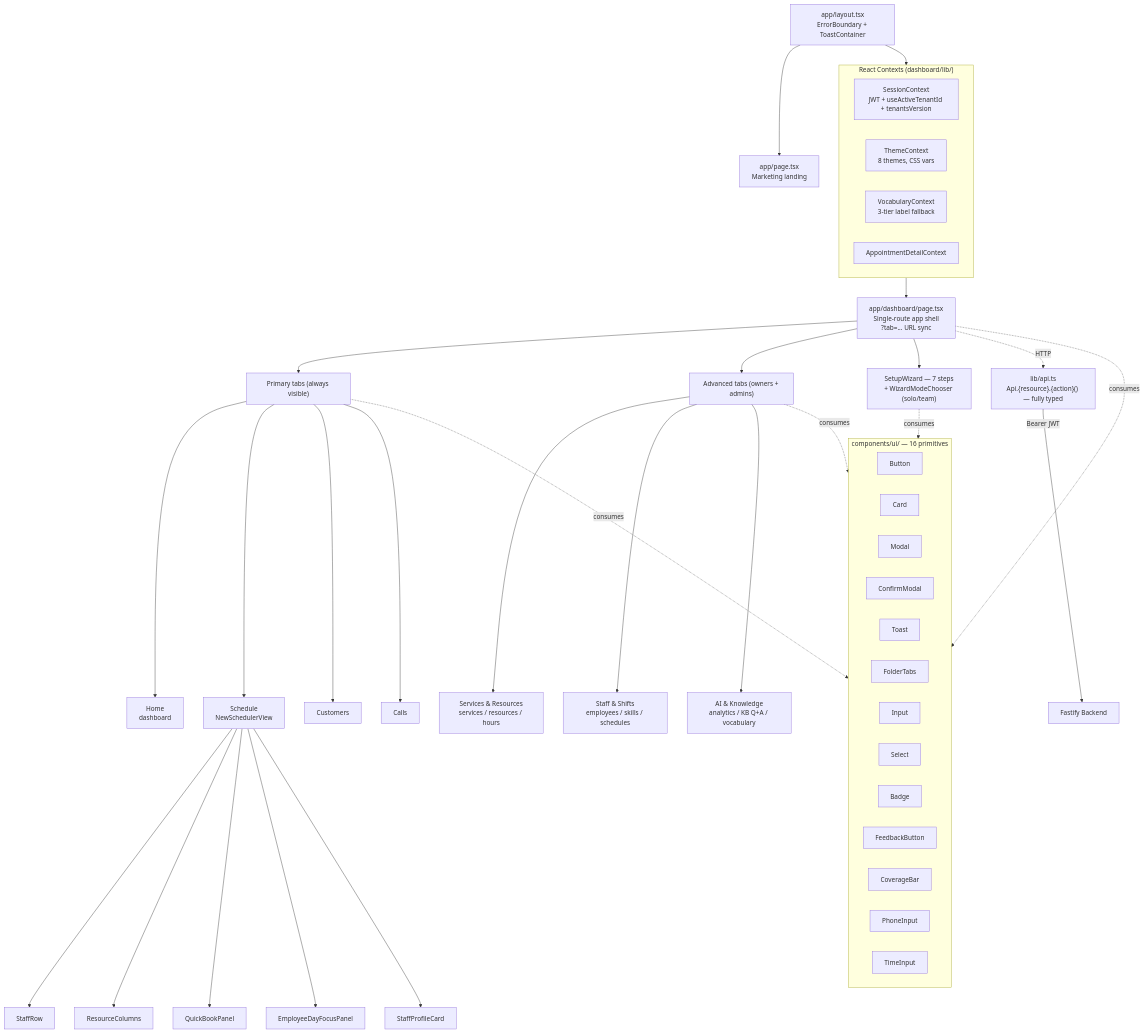
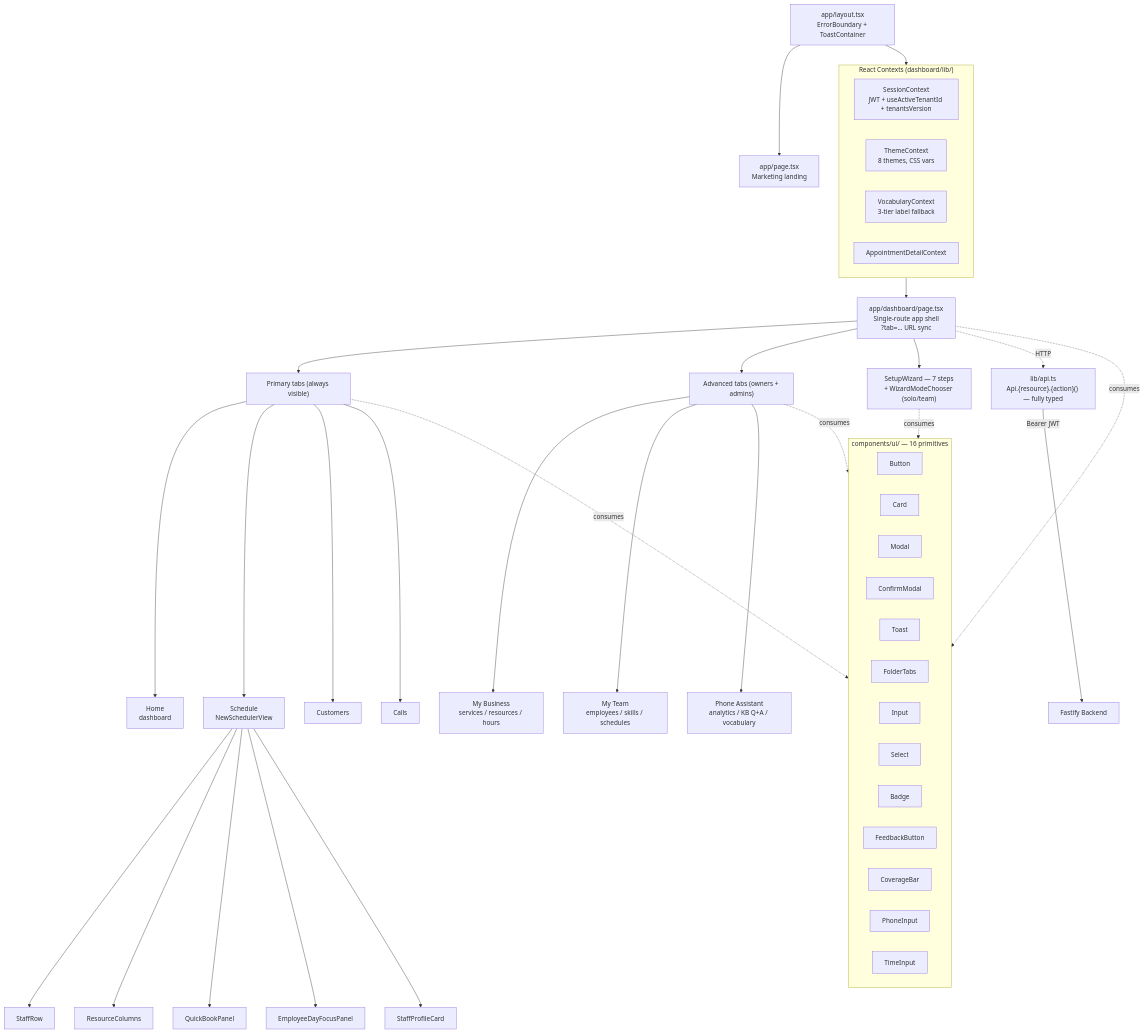
Before and after one commit to ddemott/ai-sec: the diagram in docs/diagrams/10-dashboard-component-hierarchy.mmd, drawn with Mermaid. The commit also changed 36 other files, not shown here.

```diff
--- a/docs/diagrams/10-dashboard-component-hierarchy.mmd
+++ b/docs/diagrams/10-dashboard-component-hierarchy.mmd
@@ -1,59 +1,59 @@
 flowchart TB
   Layout["app/layout.tsx<br/>ErrorBoundary + ToastContainer"]
 
   subgraph Contexts["React Contexts (dashboard/lib/)"]
     direction LR
     Session["SessionContext<br/>JWT + useActiveTenantId + tenantsVersion"]
     Theme["ThemeContext<br/>8 themes, CSS vars"]
     Vocab["VocabularyContext<br/>3-tier label fallback"]
     ApptDetail["AppointmentDetailContext"]
   end
 
   Layout --> Contexts
   Layout --> Landing["app/page.tsx<br/>Marketing landing"]
   Contexts --> Shell["app/dashboard/page.tsx<br/>Single-route app shell<br/>?tab=... URL sync"]
 
   Shell --> Primary["Primary tabs (always visible)"]
   Shell --> Advanced["Advanced tabs (owners + admins)"]
   Shell --> Wizard["SetupWizard — 7 steps<br/>+ WizardModeChooser (solo/team)"]
 
   Primary --> Home["Home<br/>dashboard"]
   Primary --> Schedule["Schedule<br/>NewSchedulerView"]
   Primary --> CRMView["Customers"]
   Primary --> Calls["Calls"]
 
   Schedule --> StaffRow["StaffRow"]
   Schedule --> ResCol["ResourceColumns"]
   Schedule --> QuickBook["QuickBookPanel"]
   Schedule --> DayFocus["EmployeeDayFocusPanel"]
   Schedule --> Profile["StaffProfileCard"]
 
-  Advanced --> MyBiz["Services & Resources<br/>services / resources / hours"]
-  Advanced --> MyTeam["Staff & Shifts<br/>employees / skills / schedules"]
-  Advanced --> AIInsights["AI & Knowledge<br/>analytics / KB Q+A / vocabulary"]
+  Advanced --> MyBiz["My Business<br/>services / resources / hours"]
+  Advanced --> MyTeam["My Team<br/>employees / skills / schedules"]
+  Advanced --> AIInsights["Phone Assistant<br/>analytics / KB Q+A / vocabulary"]
 
   subgraph UI["components/ui/ — 16 primitives"]
     direction LR
     Button
     Card
     Modal
     ConfirmModal
     Toast
     FolderTabs
     Input
     Select
     Badge
     Feedback[FeedbackButton]
     Coverage[CoverageBar]
     Phone[PhoneInput]
     TimeInput
   end
 
   Shell -.consumes.-> UI
   Primary -.consumes.-> UI
   Advanced -.consumes.-> UI
   Wizard -.consumes.-> UI
 
   API["lib/api.ts<br/>Api.{resource}.{action}() — fully typed"]
   Shell -.HTTP.-> API
   API -->|Bearer JWT| Fastify["Fastify Backend"]
```
